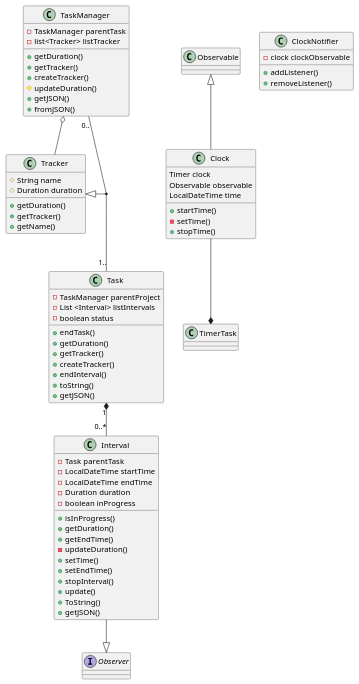
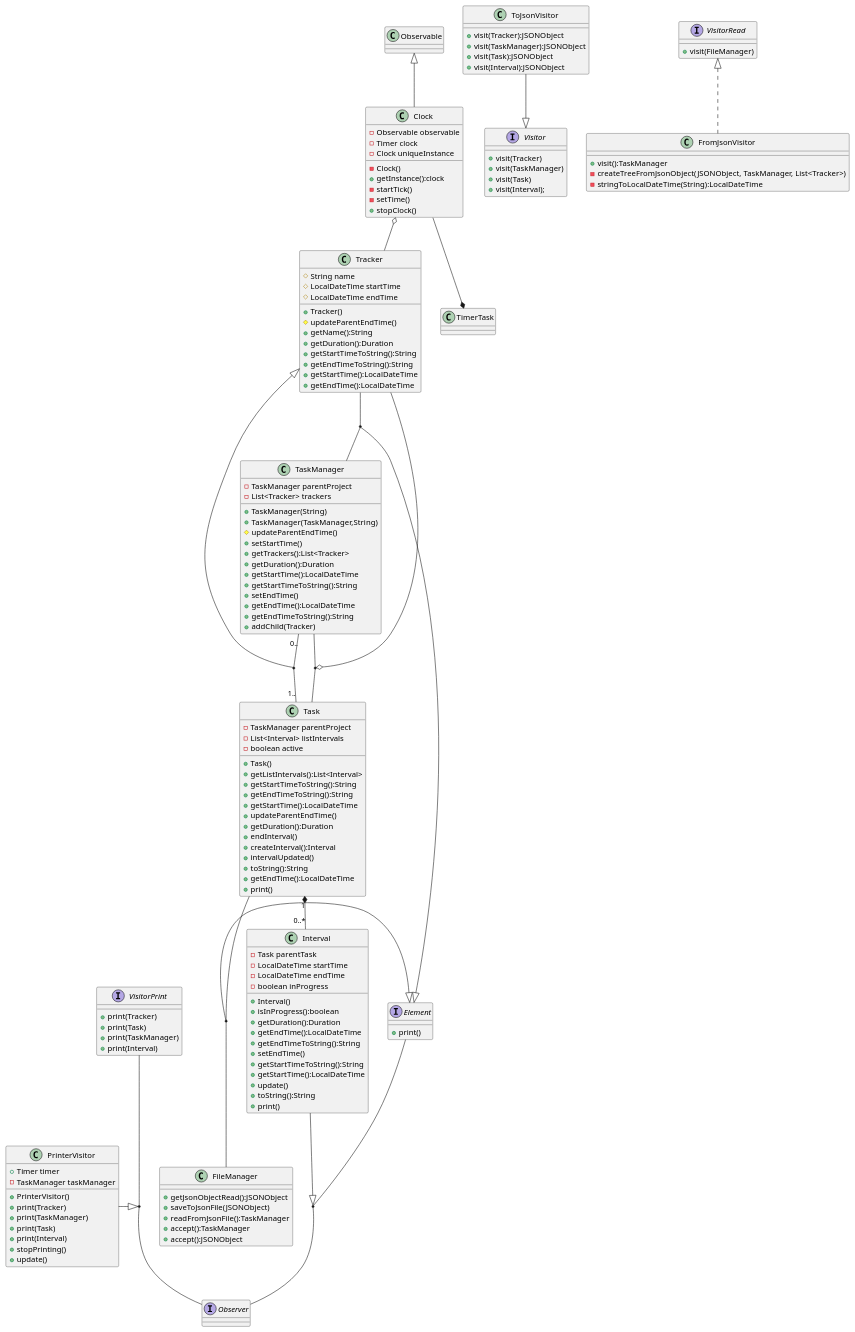
The diagram in src/main/java/time_tracker.puml (kumarbhupi/time_tracker), drawn with PlantUML before and after one commit. The commit also changed 8 other files, not shown here.

Commit message:
UML casi fet

```diff
--- a/src/main/java/time_tracker.puml
+++ b/src/main/java/time_tracker.puml
@@ -1,82 +1,151 @@
 @startuml
-class Tracker{
-#String name
-#Duration duration
-+getDuration()
-+getTracker()
-+getName()
+class Clock{
+-Observable observable
+-Timer clock
+-Clock uniqueInstance
+-Clock()
++getInstance():clock
+-startTick()
+-setTime()
++stopClock()
+}
+interface Visitor{
++visit(Tracker)
++visit(TaskManager)
++visit(Task)
++visit(Interval);
 }
 
-class TaskManager{
--TaskManager parentTask
--list<Tracker> listTracker
-+getDuration()
-+getTracker()
-+createTracker()
-#updateDuration()
-+getJSON()
-+fromJSON()
+interface VisitorRead{
++visit(FileManager)
+}
+interface Element{
++print()
 }
 
-class Task{
--TaskManager parentProject
--List <Interval> listIntervals
--boolean status
-+endTask()
-+getDuration()
-+getTracker()
-+createTracker()
-+endInterval()
-+toString()
-+getJSON()
+interface VisitorPrint{
++print(Tracker)
++print(Task)
++print(TaskManager)
++print(Interval)
+}
+
+class FileManager{
++getJsonObjectRead():JSONObject
++saveToJsonFile(JSONObject)
++readFromJsonFile():TaskManager
++accept():TaskManager
++accept():JSONObject
+}
+
+class ToJsonVisitor{
++visit(Tracker):JSONObject
++visit(TaskManager):JSONObject
++visit(Task):JSONObject
++visit(Interval):JSONObject
+}
+
+class FromJsonVisitor{
++visit():TaskManager
+-createTreeFromJsonObject(JSONObject, TaskManager, List<Tracker>)
+-stringToLocalDateTime(String):LocalDateTime
 }
 
 class Interval{
 -Task parentTask
 -LocalDateTime startTime
 -LocalDateTime endTime
--Duration duration
 -boolean inProgress
-+isInProgress()
-+getDuration()
-+getEndTime()
--updateDuration()
-+setTime()
++Interval()
++isInProgress():boolean
++getDuration():Duration
++getEndTime():LocalDateTime
++getEndTimeToString():String
 +setEndTime()
-+stopInterval()
++getStartTimeToString():String
++getStartTime():LocalDateTime
 +update()
-+ToString()
-+getJSON()
++toString():String
++print()
 }
 
-Interface Observer
-
-Class Observable
-
-class Clock{
-+startTime()
--setTime()
-+stopTime()
-Timer clock
-Observable observable
-LocalDateTime time
+class PrinterVisitor{
++Timer timer
+-TaskManager taskManager
++PrinterVisitor()
++print(Tracker)
++print(TaskManager)
++print(Task)
++print(Interval)
++stopPrinting()
++update()
 }
 
+class Task{
+-TaskManager parentProject
+-List<Interval> listIntervals
+-boolean active
++Task()
++getListIntervals():List<Interval>
++getStartTimeToString():String
++getEndTimeToString():String
++getStartTime():LocalDateTime
++updateParentEndTime()
++getDuration():Duration
++endInterval()
++createInterval():Interval
++intervalUpdated()
++toString():String
++getEndTime():LocalDateTime
++print()
+}
 
-class ClockNotifier{
--clock clockObservable
-+addListener()
-+removeListener()
+class TaskManager{
+-TaskManager parentProject
+-List<Tracker> trackers
++TaskManager(String)
++TaskManager(TaskManager,String)
+#updateParentEndTime()
++setStartTime()
++getTrackers():List<Tracker>
++getDuration():Duration
++getStartTime():LocalDateTime
++getStartTimeToString():String
++setEndTime()
++getEndTime():LocalDateTime
++getEndTimeToString():String
++addChild(Tracker)
 }
+
+class Tracker{
+#String name
+#LocalDateTime startTime
+#LocalDateTime endTime
++Tracker()
+#updateParentEndTime()
++getName():String
++getDuration():Duration
++getStartTimeToString():String
++getEndTimeToString():String
++getStartTime():LocalDateTime
++getEndTime():LocalDateTime
+}
+
+interface Observer
+
+class Observable
 
 TaskManager"0.." -- "1.." Task
 Tracker<|--(TaskManager, Task)
 Task"1"*--"0..*"Interval
-Interval--|>Observer
-TaskManager o--Tracker
+Interval--|>(Element,Observer)
+(Task,TaskManager) o--Tracker
 Observable <|-- Clock
 Clock --* TimerTask
-
-
-
+PrinterVisitor--|>(VisitorPrint,Observer)
+(Tracker, TaskManager) --|> Element
+(Task,FileManager)--|>Element
+Clock o--Tracker
+class FromJsonVisitor implements VisitorRead
+ToJsonVisitor --|> Visitor
 @enduml
```
